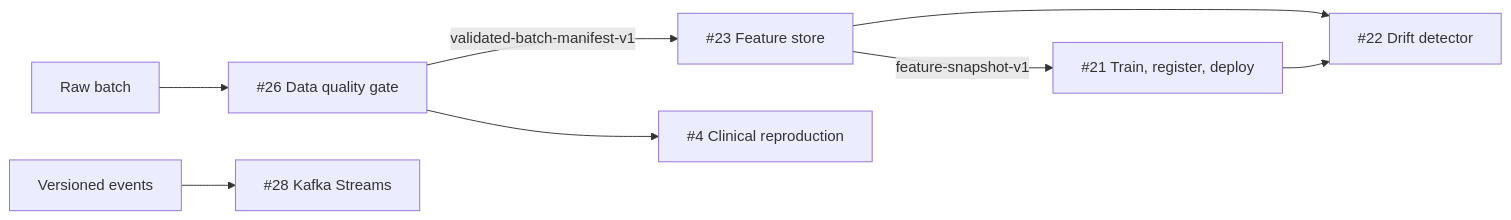
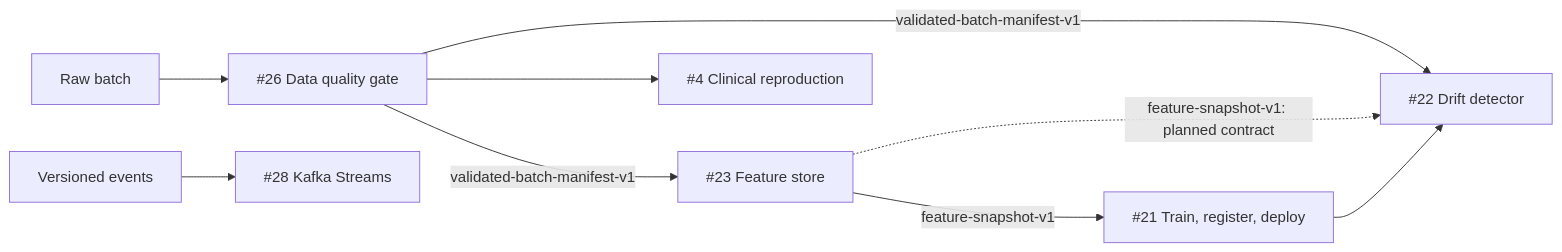
Before and after one commit to Brilhante29/portfolio-reuse-kit: the diagram in docs/mlops-data-platform.md, drawn with Mermaid. The commit also changed other lines of this file and 23 other files, not shown here.

````diff
--- a/docs/mlops-data-platform.md
+++ b/docs/mlops-data-platform.md
@@ -18,10 +18,11 @@
 ```mermaid
 flowchart LR
   raw["Raw batch"] --> quality["#26 Data quality gate"]
   quality -->|"validated-batch-manifest-v1"| features["#23 Feature store"]
   features -->|"feature-snapshot-v1"| lifecycle["#21 Train, register, deploy"]
-  features --> drift["#22 Drift detector"]
+  quality -->|"validated-batch-manifest-v1"| drift["#22 Drift detector"]
+  features -.->|"feature-snapshot-v1: planned contract"| drift
   lifecycle --> drift
   quality --> clinical["#4 Clinical reproduction"]
   events["Versioned events"] --> streams["#28 Kafka Streams"]
 ```
````
